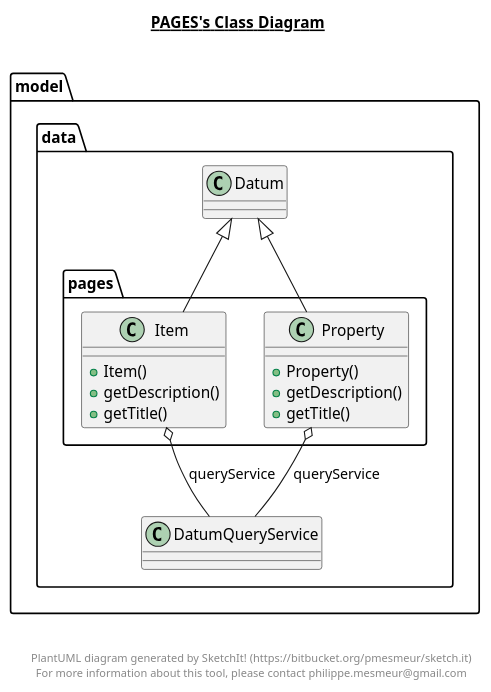
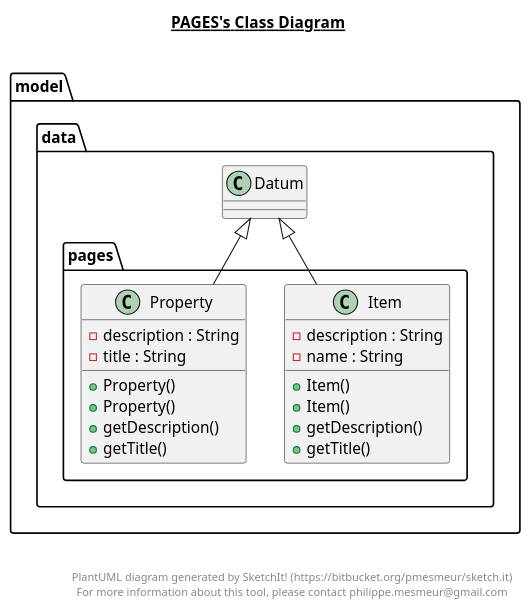
The diagram in src/main/model/data/pages/pages.plantuml (Bryce-MW/WikidataExplorer), drawn with PlantUML before and after one commit. The commit also changed 28 other files, not shown here.

Commit message:
Tested about as much as can reasonably be done without a lot of reflection. I've also updated diagrams, added an image diagram to the top level and a screenshot of my original UI design to the top level.

```diff
--- a/src/main/model/data/pages/pages.plantuml
+++ b/src/main/model/data/pages/pages.plantuml
@@ -1,40 +1,44 @@
 @startuml
 
 title __PAGES's Class Diagram__\n
 
   namespace model.data {
     namespace pages {
       class model.data.pages.Item {
+          - description : String
+          - name : String
+          + Item()
           + Item()
           + getDescription()
           + getTitle()
       }
     }
   }
   
 
   namespace model.data {
     namespace pages {
       class model.data.pages.Property {
+          - description : String
+          - title : String
+          + Property()
           + Property()
           + getDescription()
           + getTitle()
       }
     }
   }
   
 
   model.data.pages.Item -up-|> model.data.Datum
-  model.data.pages.Item o-- model.data.DatumQueryService : queryService
   model.data.pages.Property -up-|> model.data.Datum
-  model.data.pages.Property o-- model.data.DatumQueryService : queryService
 
 
 right footer
 
 
 PlantUML diagram generated by SketchIt! (https://bitbucket.org/pmesmeur/sketch.it)
 For more information about this tool, please contact philippe.mesmeur@gmail.com
 endfooter
 
 @enduml
```
